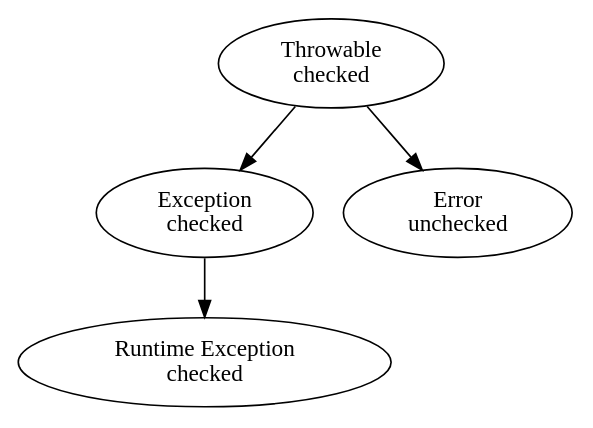
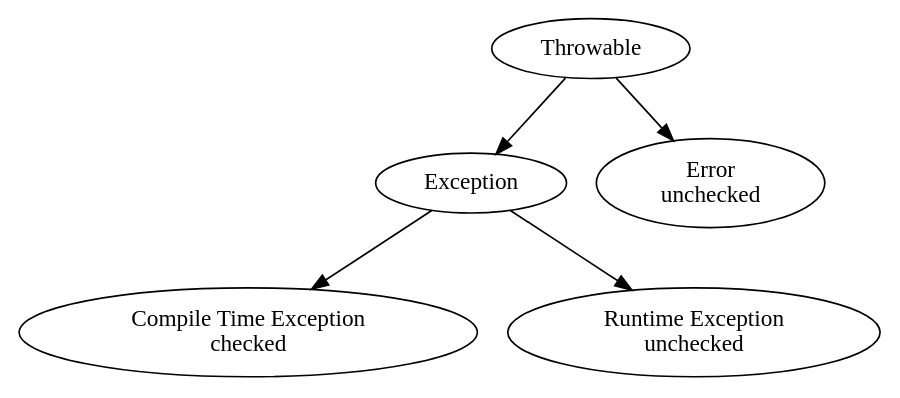
The diagram in module1/src/main/java/net/broscorp/exceptions/Exceptions.gv (Broscorp-net/traineeship), drawn with Graphviz before and after one commit.

Commit message:
change diagramm

```diff
--- a/module1/src/main/java/net/broscorp/exceptions/Exceptions.gv
+++ b/module1/src/main/java/net/broscorp/exceptions/Exceptions.gv
@@ -1,11 +1,13 @@
 digraph Exceptions{
 
-  throwable [label = "Throwable \n checked"];
-  exception [label = "Exception \n checked"];
-  runtimeExc [label = "Runtime Exception \n checked"];
+  throwable [label = "Throwable"];
+  exception [label = "Exception"];
+  compileExc [label = "Compile Time Exception \n checked"];
+  runtimeExc [label = "Runtime Exception \n unchecked"];
   error [label = "Error \n unchecked"];
 
   throwable -> exception;
   throwable -> error;
   exception -> runtimeExc;
+  exception -> compileExc;
 }
```
